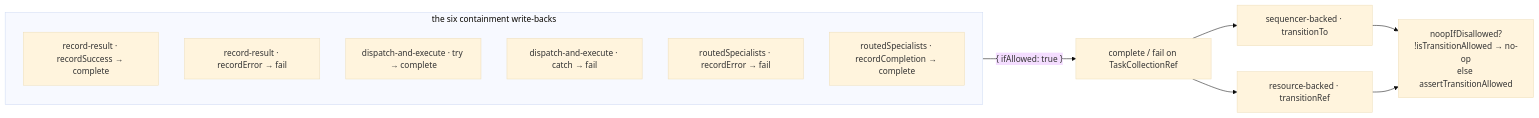
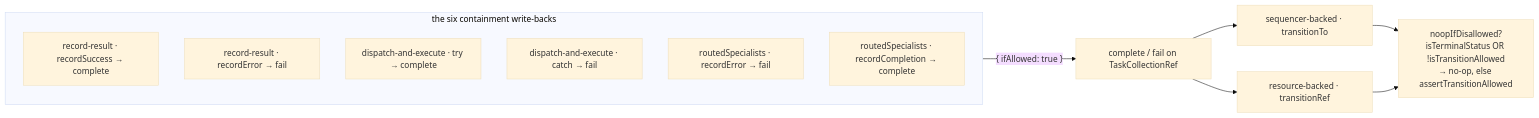
Before and after one commit to fixpoint-labs/flow-state-dev: the second of 2 diagrams in docs/specs/FIX-951.md, drawn with Mermaid (base theme). The commit also changed other lines of this file, not shown here.

````diff
--- a/docs/specs/FIX-951.md
+++ b/docs/specs/FIX-951.md
@@ -162,16 +184,16 @@
 ```mermaid
 flowchart LR
     subgraph writers["the six containment write-backs"]
         W1["record-result · recordSuccess → complete"]
         W2["record-result · recordError → fail"]
         W3["dispatch-and-execute · try → complete"]
         W4["dispatch-and-execute · catch → fail"]
         W5["routedSpecialists · recordError → fail"]
         W6["routedSpecialists · recordCompletion → complete"]
     end
     writers -->|"{ ifAllowed: true }"| API["complete / fail on TaskCollectionRef"]
     API --> T1["sequencer-backed · transitionTo"]
     API --> T2["resource-backed · transitionRef"]
-    T1 --> G["noopIfDisallowed?<br/>!isTransitionAllowed → no-op<br/>else assertTransitionAllowed"]
+    T1 --> G["noopIfDisallowed?<br/>isTerminalStatus OR !isTransitionAllowed<br/>→ no-op, else assertTransitionAllowed"]
     T2 --> G
 ```
````
